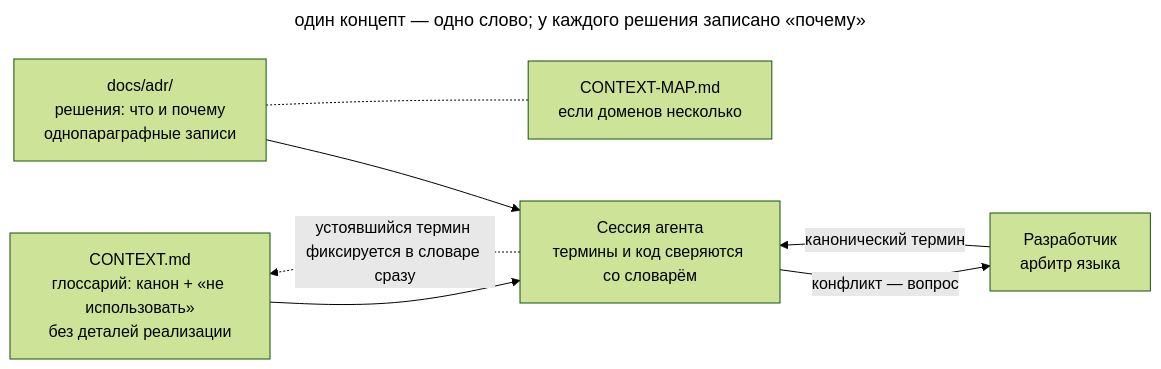
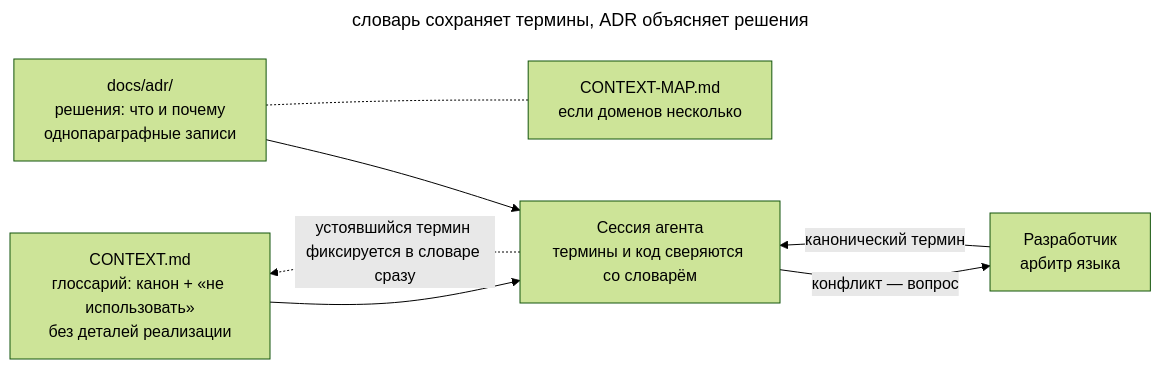
The diagram in book/ru/domain-context-file.md (Rastavelli/agentic-coding-design-patterns), drawn with Mermaid (forest theme) before and after one commit. The commit also changed other lines of this file and 24 other files, not shown here.

Commit message:
docs: finish Russian prose review and align diagram captions

````diff
--- a/book/ru/domain-context-file.md
+++ b/book/ru/domain-context-file.md
@@ -45,17 +45,17 @@
 ```mermaid
 ---
-title: один концепт — одно слово; у каждого решения записано «почему»
+title: словарь сохраняет термины, ADR объясняет решения
 ---
 flowchart LR
   glossary["CONTEXT.md<br/>глоссарий: канон + «не использовать»<br/>без деталей реализации"]:::accent
   adr["docs/adr/<br/>решения: что и почему<br/>однопараграфные записи"]
   map["CONTEXT-MAP.md<br/>если доменов несколько"]:::muted
   session["Сессия агента<br/>термины и код сверяются со словарём"]
   dev["Разработчик<br/>арбитр языка"]:::accent
   glossary --> session
   adr --> session
   adr -.- map
   session -- "конфликт — вопрос" --> dev
   dev -- "канонический термин" --> session
   session -. "устоявшийся термин фиксируется в словаре сразу" .-> glossary
 ```
````
